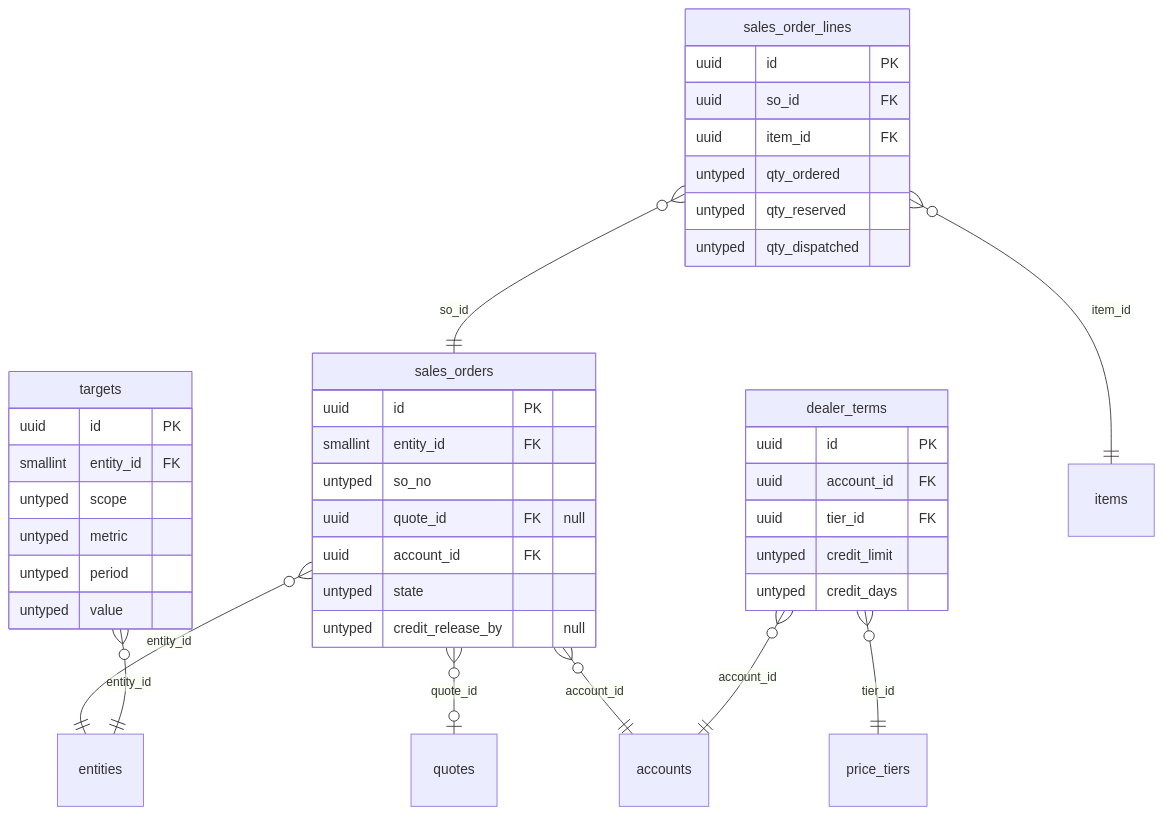
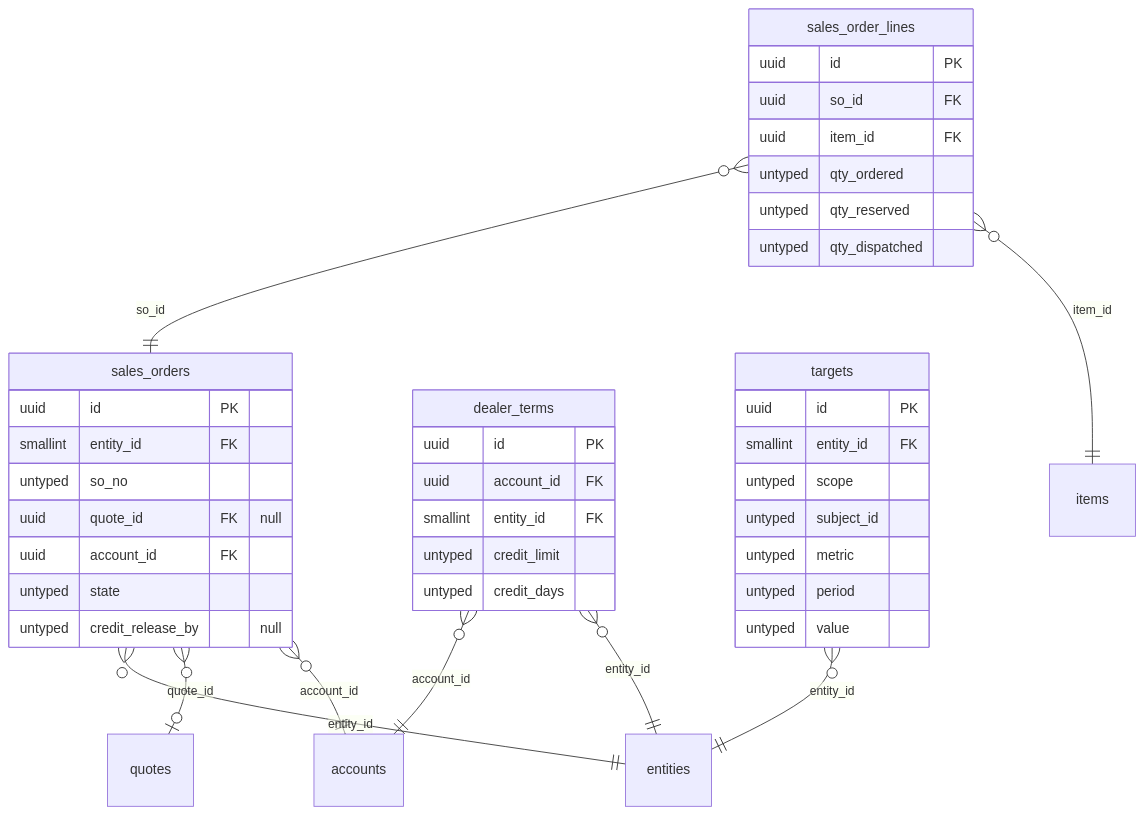
The tenth of 16 diagrams in docs/data/ERD.md (techaust/shakti_prime), drawn with Mermaid before and after one commit. The commit also changed other lines of this file and 4 other files, not shown here.

````diff
--- a/docs/data/ERD.md
+++ b/docs/data/ERD.md
@@ -1085,43 +1097,44 @@
 ```mermaid
 erDiagram
   sales_orders {
     uuid id PK
     smallint entity_id FK
     untyped so_no
     uuid quote_id FK "null"
     uuid account_id FK
     untyped state
     untyped credit_release_by "null"
   }
   sales_order_lines {
     uuid id PK
     uuid so_id FK
     uuid item_id FK
     untyped qty_ordered
     untyped qty_reserved
     untyped qty_dispatched
   }
   dealer_terms {
     uuid id PK
     uuid account_id FK
-    uuid tier_id FK
+    smallint entity_id FK
     untyped credit_limit
     untyped credit_days
   }
   targets {
     uuid id PK
     smallint entity_id FK
     untyped scope
+    untyped subject_id
     untyped metric
     untyped period
     untyped value
   }
   sales_orders }o--|| entities : "entity_id"
   sales_orders }o--o| quotes : "quote_id"
   sales_orders }o--|| accounts : "account_id"
   sales_order_lines }o--|| sales_orders : "so_id"
   sales_order_lines }o--|| items : "item_id"
   dealer_terms }o--|| accounts : "account_id"
-  dealer_terms }o--|| price_tiers : "tier_id"
+  dealer_terms }o--|| entities : "entity_id"
   targets }o--|| entities : "entity_id"
 ```
````
